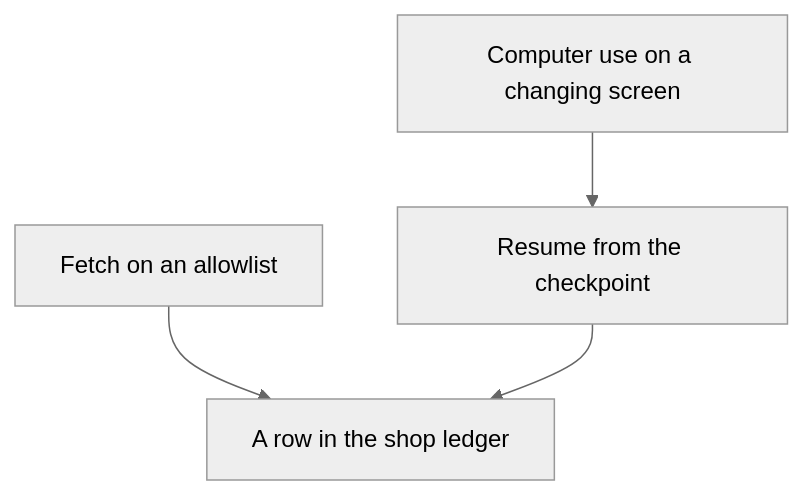
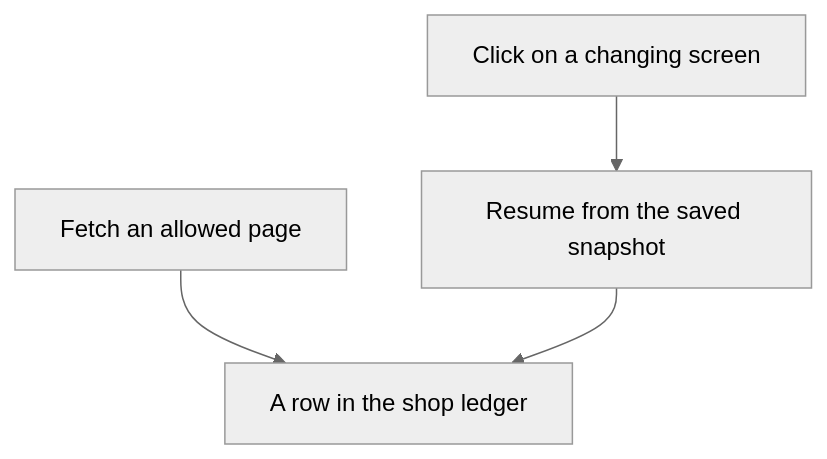
Before and after one commit to junlinghu/book-agents: the second of 2 diagrams in chapters/ch27-open-problems/README.md, drawn with Mermaid (neutral theme). The commit also changed other lines of this file and 1 other file, not shown here.

````diff
--- a/chapters/ch27-open-problems/README.md
+++ b/chapters/ch27-open-problems/README.md
@@ -135,10 +166,10 @@
 ```mermaid
 flowchart TD
-  fetchNode["Fetch on an allowlist"]
-  screenNode["Computer use on a changing screen"]
+  fetchNode["Fetch an allowed page"]
+  screenNode["Click on a changing screen"]
   ledgerNode["A row in the shop ledger"]
-  resumeNode["Resume from the checkpoint"]
+  resumeNode["Resume from the saved snapshot"]
   fetchNode --> ledgerNode
   screenNode --> resumeNode
   resumeNode --> ledgerNode
 ```
````
